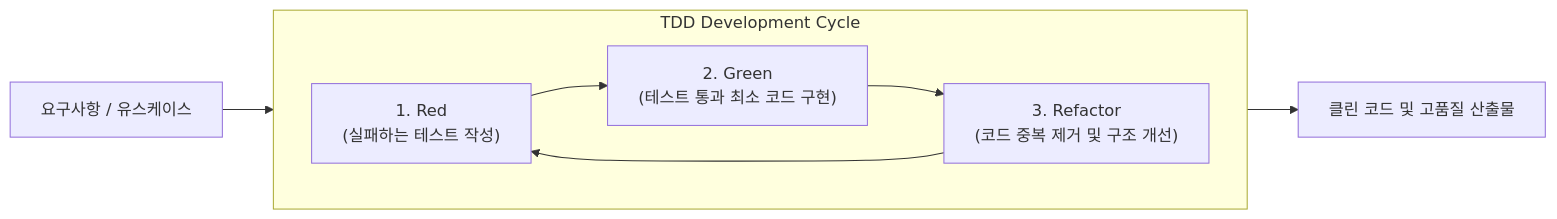
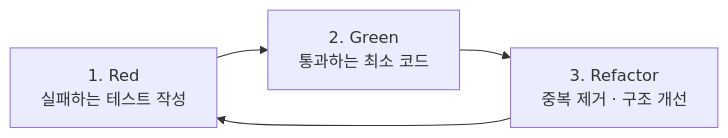
One commit to supremethumb/supremethumb.github.io changed the diagram in content/01_IT Tech/TDD.md. Above: the diagram before and after it, drawn with Mermaid. The commit also changed other lines of this file and 1087 other files, not shown here.

````diff
--- a/content/01_IT Tech/TDD.md
+++ b/content/01_IT Tech/TDD.md
@@ -23,13 +35,6 @@
 ```mermaid
 flowchart LR
-    subgraph TDD["TDD Development Cycle"]
-        direction LR
-        Red["1. Red<br/>(실패하는 테스트 작성)"] --> Green["2. Green<br/>(테스트 통과 최소 코드 구현)"]
-        Green --> Refactor["3. Refactor<br/>(코드 중복 제거 및 구조 개선)"]
-        Refactor --> Red
-    end
-
-    REQ["요구사항 / 유스케이스"] --> Red
-    Refactor --> OUT["클린 코드 및 고품질 산출물"]
-
+    R["1. Red<br/>실패하는 테스트 작성"] --> G["2. Green<br/>통과하는 최소 코드"]
+    G --> F["3. Refactor<br/>중복 제거 · 구조 개선"]
+    F --> R
 ```
````
